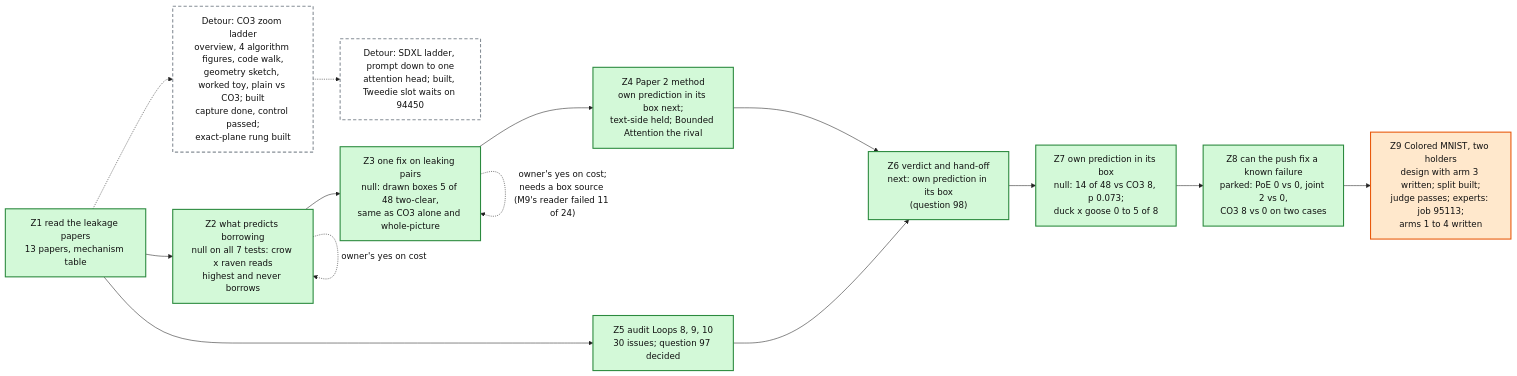
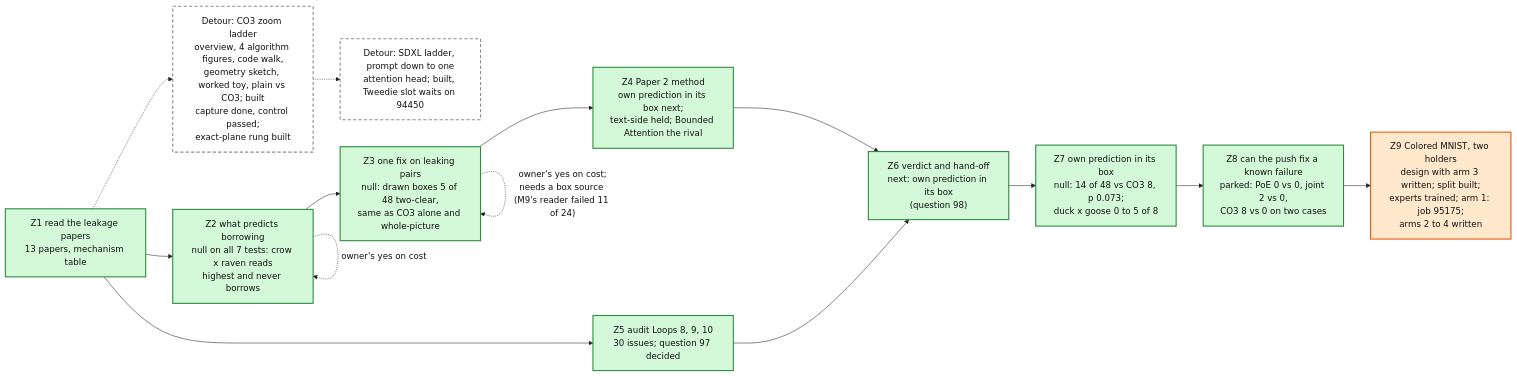
The diagram in artifacts/notes/progress/leakage/loop-12-progress.mmd (mo-rsa24/concept-composition), drawn with Mermaid before and after one commit. The commit also changed 1 other file, not shown here.

Commit message:
Loop 12 map: Z9 arm 1 queued

```diff
--- a/artifacts/notes/progress/leakage/loop-12-progress.mmd
+++ b/artifacts/notes/progress/leakage/loop-12-progress.mmd
@@ -1,26 +1,26 @@
 %%{init: {'theme': 'base', 'themeVariables': {'fontFamily': 'monospace', 'primaryColor': '#ffffff', 'primaryBorderColor': '#222222', 'primaryTextColor': '#111111', 'lineColor': '#222222'}}}%%
 flowchart LR
   Z1["Z1 read the leakage papers<br/>13 papers, mechanism table"]:::done
   Z2["Z2 what predicts borrowing<br/>null on all 7 tests: crow x raven reads<br/>highest and never borrows"]:::done
   Z3["Z3 one fix on leaking pairs<br/>null: drawn boxes 5 of 48 two-clear,<br/>same as CO3 alone and whole-picture"]:::done
   Z4["Z4 Paper 2 method<br/>own prediction in its box next;<br/>text-side held; Bounded Attention the rival"]:::done
   Z5["Z5 audit Loops 8, 9, 10<br/>30 issues; question 97 decided"]:::done
   Z6["Z6 verdict and hand-off<br/>next: own prediction in its box<br/>(question 98)"]:::done
   LAD["Detour: CO3 zoom ladder<br/>overview, 4 algorithm figures, code walk,<br/>geometry sketch, worked toy, plain vs CO3; built<br/>capture done, control passed;<br/>exact-plane rung built"]:::detour
   Z1 -.-> LAD
   SDX["Detour: SDXL ladder, prompt down to one<br/>attention head; built, Tweedie slot waits on 94450"]:::detour
   LAD -.-> SDX
   Z1 --> Z2 --> Z3 --> Z4 --> Z6
   Z1 --> Z5 --> Z6
   Z2 -. "owner's yes on cost" .-> Z2
   Z3 -. "owner's yes on cost;<br/>needs a box source (M9's reader failed 11 of 24)" .-> Z3
   Z7["Z7 own prediction in its box<br/>null: 14 of 48 vs CO3 8, p 0.073;<br/>duck x goose 0 to 5 of 8"]:::done
   Z6 --> Z7
   Z8["Z8 can the push fix a known failure<br/>parked: PoE 0 vs 0, joint 2 vs 0,<br/>CO3 8 vs 0 on two cases"]:::done
   Z7 --> Z8
-  Z9["Z9 Colored MNIST, two holders<br/>design with arm 3 written; split built;<br/>judge passes; experts: job 95113;<br/>arms 1 to 4 written"]:::doing
+  Z9["Z9 Colored MNIST, two holders<br/>design with arm 3 written; split built;<br/>experts trained; arm 1: job 95175;<br/>arms 2 to 4 written"]:::doing
   Z8 --> Z9
   classDef done fill:#d3f9d8,stroke:#2b8a3e,stroke-width:2px
   classDef doing fill:#ffe8cc,stroke:#e8590c,stroke-width:2px
   classDef detour fill:#ffffff,stroke:#868e96,stroke-width:2px,stroke-dasharray: 6 4
   classDef todo fill:#f1f3f5,stroke:#868e96,stroke-width:2px
```
